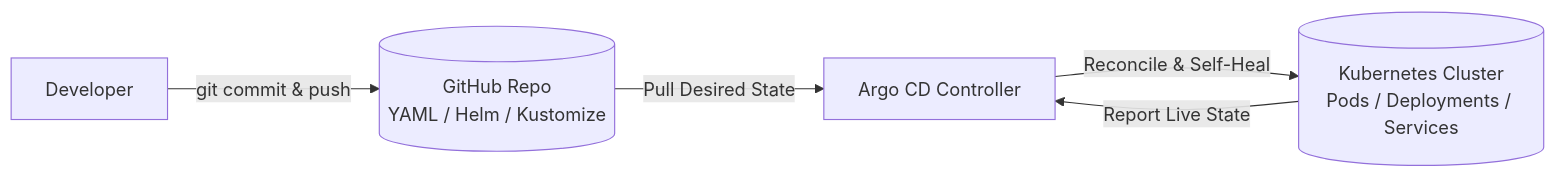
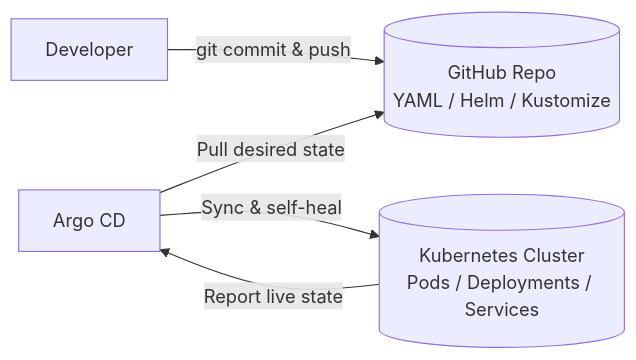
Before and after one commit to Cloud-Tamil/DevOps-Tools-Learning-Platform: the diagram in ArgoCD/README.md, drawn with Mermaid. The commit also changed other lines of this file, not shown here.

````diff
--- a/ArgoCD/README.md
+++ b/ArgoCD/README.md
@@ -39,7 +37,7 @@
 ```mermaid
 flowchart LR
     Dev[Developer] -->|git commit & push| Git[(GitHub Repo<br/>YAML / Helm / Kustomize)]
-    Git -->|Pull Desired State| Argo[Argo CD Controller]
-    K8s[(Kubernetes Cluster<br/>Pods / Deployments / Services)] -->|Report Live State| Argo
-    Argo -->|Reconcile & Self-Heal| K8s
+    Argo[Argo CD] -->|Pull desired state| Git
+    K8s[(Kubernetes Cluster<br/>Pods / Deployments / Services)] -->|Report live state| Argo
+    Argo -->|Sync & self-heal| K8s
 ```
````
